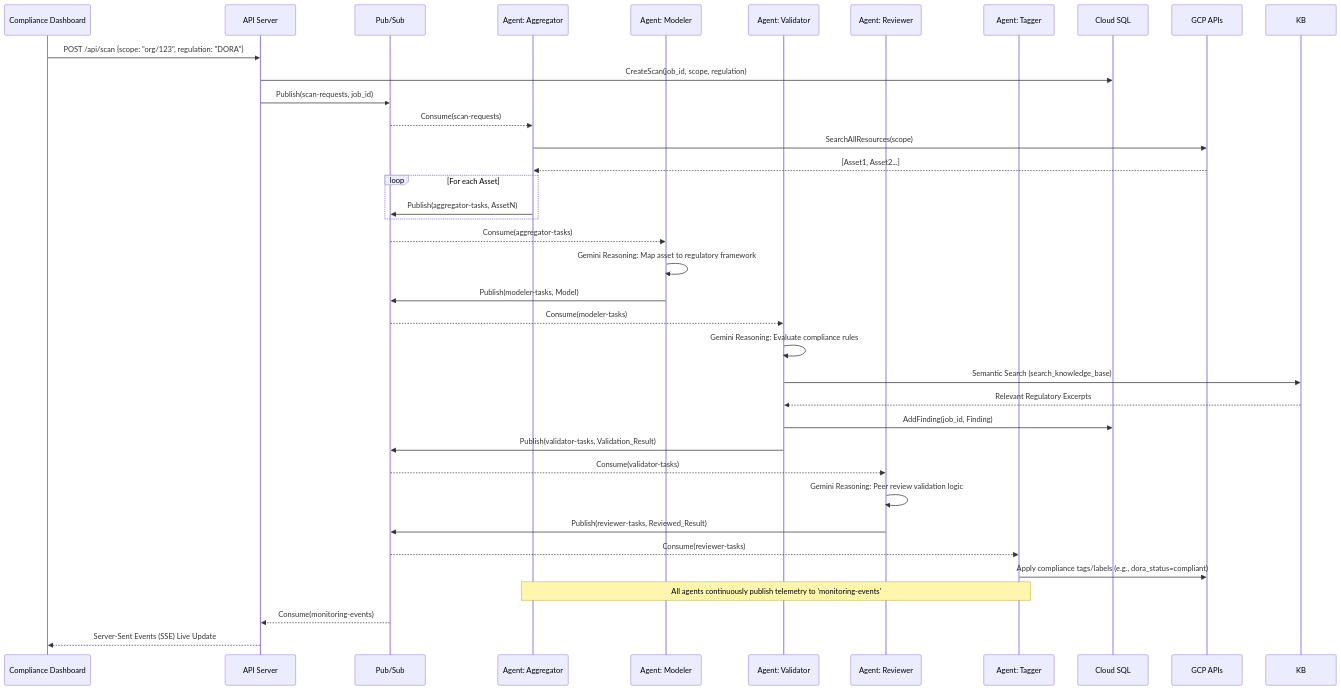
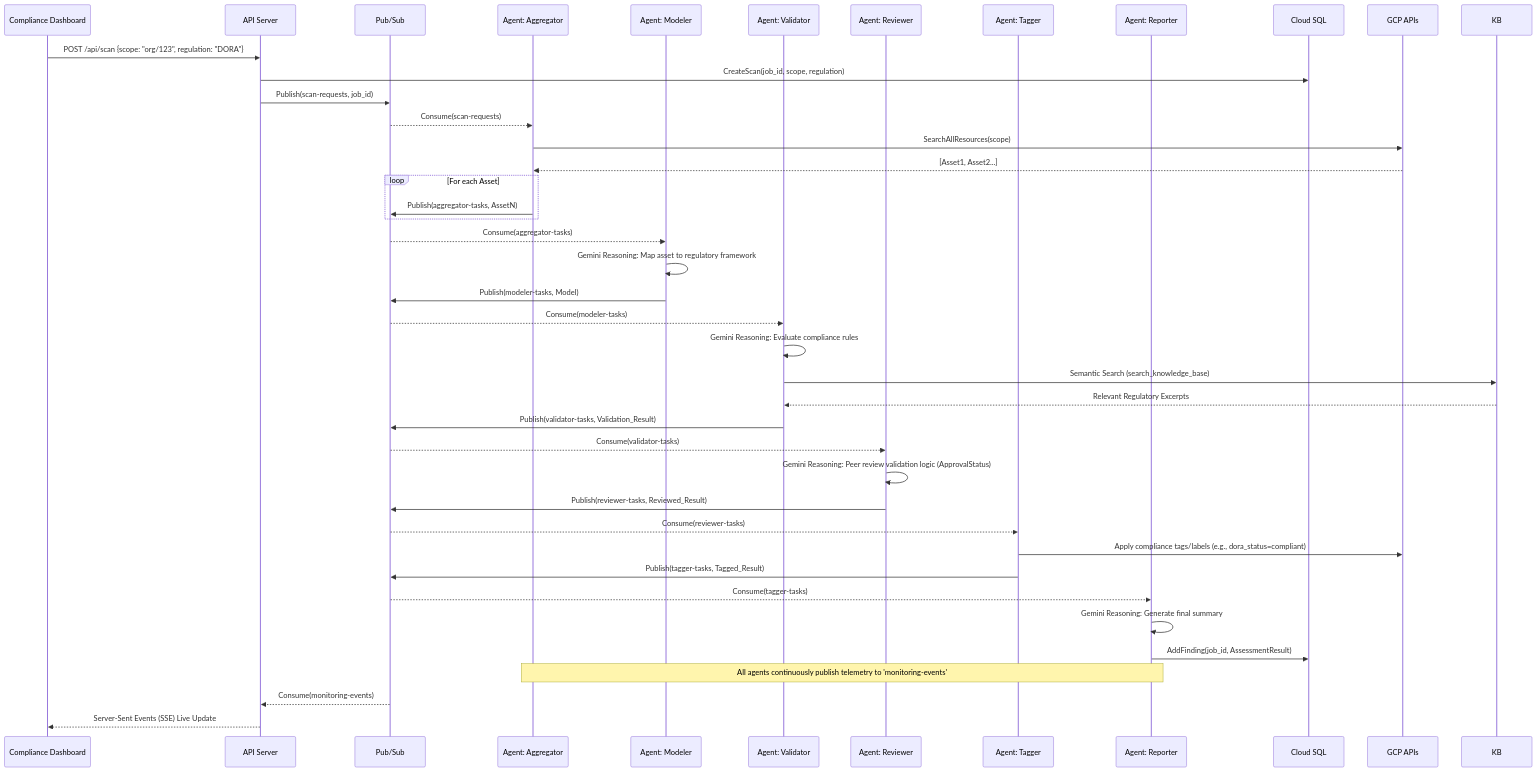
One commit to iuriikogan/Audit-Agent changed the third of 3 diagrams in ARCHITECTURE.md. Above: the diagram before and after it, drawn with Mermaid. The commit also changed other lines of this file and 31 other files, not shown here.

````diff
--- a/ARCHITECTURE.md
+++ b/ARCHITECTURE.md
@@ -77,46 +77,51 @@
 ```mermaid
 sequenceDiagram
     participant UI as Compliance Dashboard
     participant API as API Server
     participant PS as Pub/Sub
     participant Agg as Agent: Aggregator
     participant Mod as Agent: Modeler
     participant Val as Agent: Validator
     participant Rev as Agent: Reviewer
     participant Tag as Agent: Tagger
+    participant Rep as Agent: Reporter
     participant DB as Cloud SQL
     participant GCP as GCP APIs
 
     UI->>API: POST /api/scan {scope: "org/123", regulation: "DORA"}
     API->>DB: CreateScan(job_id, scope, regulation)
     API->>PS: Publish(scan-requests, job_id)
     
     PS-->>Agg: Consume(scan-requests)
     Agg->>GCP: SearchAllResources(scope)
     GCP-->>Agg: [Asset1, Asset2...]
     loop For each Asset
         Agg->>PS: Publish(aggregator-tasks, AssetN)
     end
     
     PS-->>Mod: Consume(aggregator-tasks)
     Mod->>Mod: Gemini Reasoning: Map asset to regulatory framework
     Mod->>PS: Publish(modeler-tasks, Model)
     
     PS-->>Val: Consume(modeler-tasks)
     Val->>Val: Gemini Reasoning: Evaluate compliance rules
     Val->>KB: Semantic Search (search_knowledge_base)
     KB-->>Val: Relevant Regulatory Excerpts
-    Val->>DB: AddFinding(job_id, Finding)
     Val->>PS: Publish(validator-tasks, Validation_Result)
     
     PS-->>Rev: Consume(validator-tasks)
-    Rev->>Rev: Gemini Reasoning: Peer review validation logic
+    Rev->>Rev: Gemini Reasoning: Peer review validation logic (ApprovalStatus)
     Rev->>PS: Publish(reviewer-tasks, Reviewed_Result)
     
     PS-->>Tag: Consume(reviewer-tasks)
     Tag->>GCP: Apply compliance tags/labels (e.g., dora_status=compliant)
+    Tag->>PS: Publish(tagger-tasks, Tagged_Result)
+
+    PS-->>Rep: Consume(tagger-tasks)
+    Rep->>Rep: Gemini Reasoning: Generate final summary
+    Rep->>DB: AddFinding(job_id, AssessmentResult)
     
-    Note over Agg,Tag: All agents continuously publish telemetry to 'monitoring-events'
+    Note over Agg,Rep: All agents continuously publish telemetry to 'monitoring-events'
     PS-->>API: Consume(monitoring-events)
     API-->>UI: Server-Sent Events (SSE) Live Update
 ```
````
